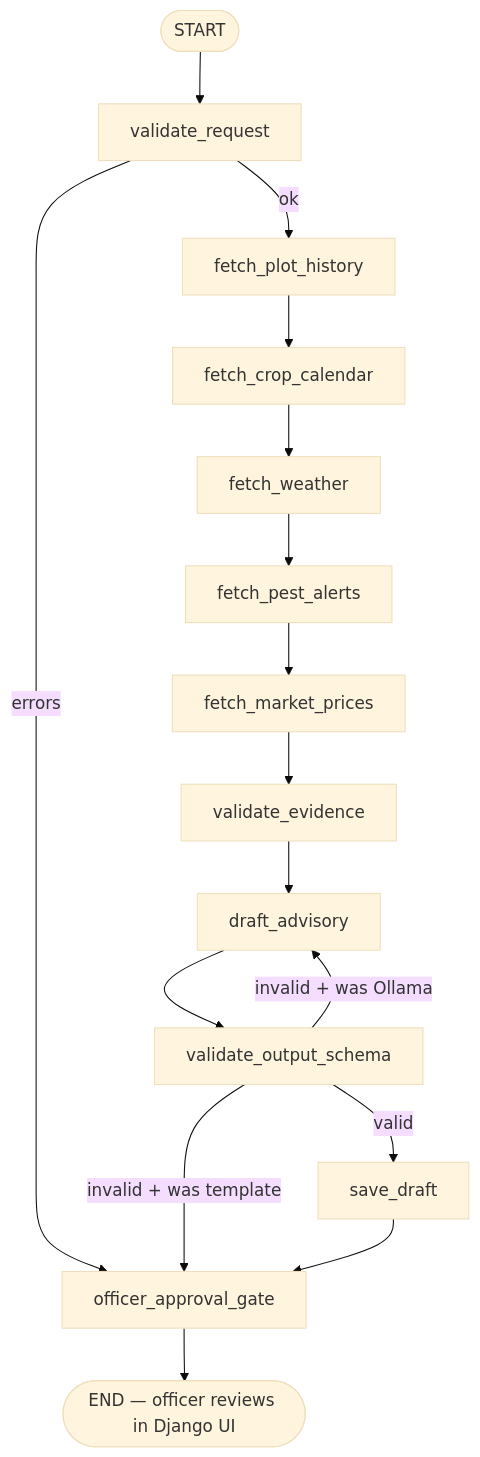
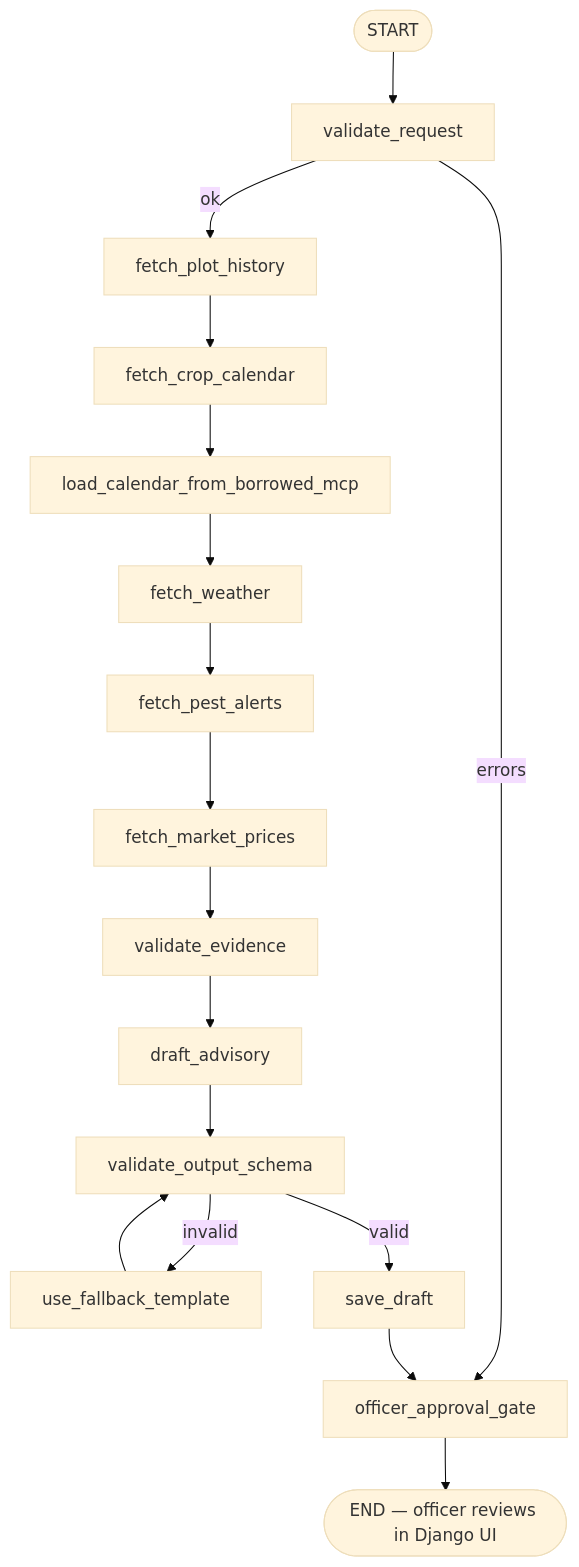
One commit to Onunga123/majishamba-extension-agent changed the diagram in ARCHITECTURE.md. Above: the diagram before and after it, drawn with Mermaid (base theme). The commit also changed other lines of this file and 10 other files, not shown here.

````diff
--- a/ARCHITECTURE.md
+++ b/ARCHITECTURE.md
@@ -5,18 +5,19 @@
 ```mermaid
 flowchart TD
   START([START]) --> validate_request
   validate_request -->|errors| officer_approval_gate
   validate_request -->|ok| fetch_plot_history
   fetch_plot_history --> fetch_crop_calendar
-  fetch_crop_calendar --> fetch_weather
+  fetch_crop_calendar --> load_calendar_from_borrowed_mcp
+  load_calendar_from_borrowed_mcp --> fetch_weather
   fetch_weather --> fetch_pest_alerts
   fetch_pest_alerts --> fetch_market_prices
   fetch_market_prices --> validate_evidence
   validate_evidence --> draft_advisory
   draft_advisory --> validate_output_schema
-  validate_output_schema -->|invalid + was Ollama| draft_advisory
-  validate_output_schema -->|invalid + was template| officer_approval_gate
+  validate_output_schema -->|invalid| use_fallback_template
   validate_output_schema -->|valid| save_draft
+  use_fallback_template --> validate_output_schema
   save_draft --> officer_approval_gate
   officer_approval_gate --> END([END — officer reviews in Django UI])
 ```
````
